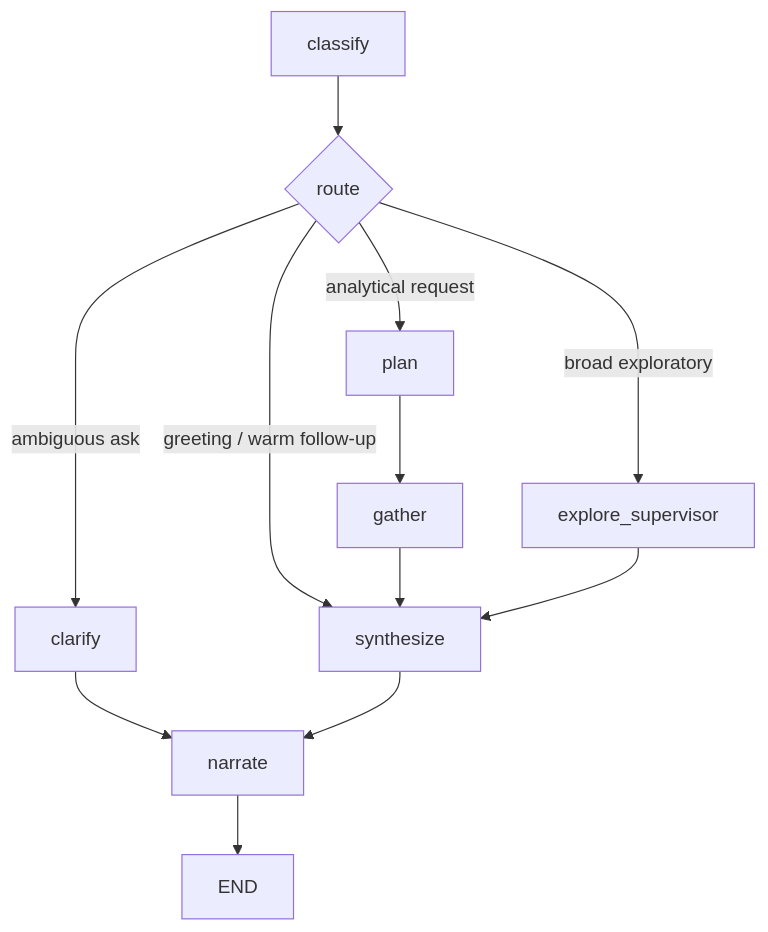
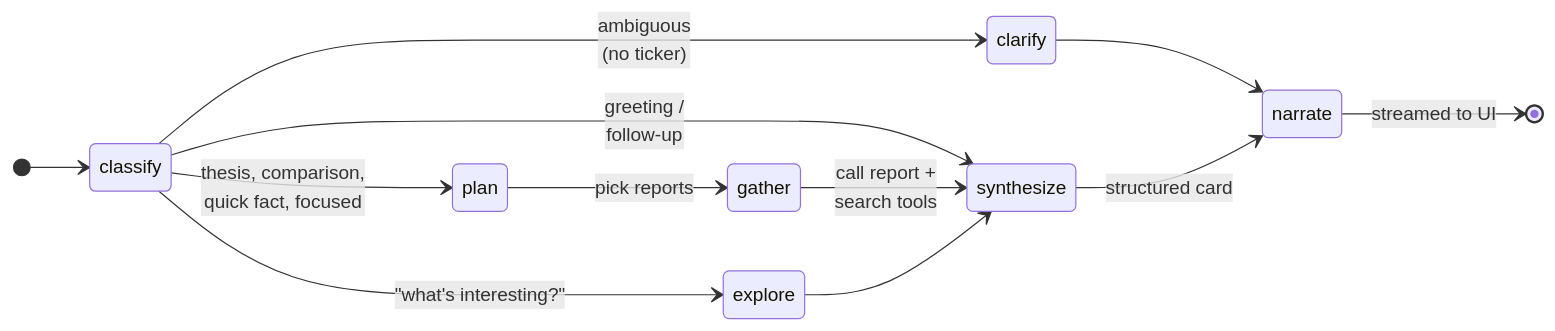
Before and after one commit to noahwins-ng/equity-data-agent: the second of 3 diagrams in README.md, drawn with Mermaid. The commit also changed other lines of this file and 5 other files, not shown here.

````diff
--- a/README.md
+++ b/README.md
@@ -142,13 +55,15 @@
 ```mermaid
-flowchart TD
-    classify --> router{route}
-    router -->|ambiguous ask| clarify
-    router -->|greeting / warm follow-up| synthesize
-    router -->|broad exploratory| explore_supervisor
-    router -->|analytical request| plan
-    plan --> gather --> synthesize
-    explore_supervisor --> synthesize
+stateDiagram-v2
+    direction LR
+    [*] --> classify
+    classify --> clarify: ambiguous<br/>(no ticker)
+    classify --> synthesize: greeting /<br/>follow-up
+    classify --> explore: "what's interesting?"
+    classify --> plan: thesis, comparison,<br/>quick fact, focused
+    plan --> gather: pick reports
+    gather --> synthesize: call report +<br/>search tools
+    explore --> synthesize
     clarify --> narrate
-    synthesize --> narrate
-    narrate --> END
+    synthesize --> narrate: structured card
+    narrate --> [*]: streamed to UI
 ```
````
